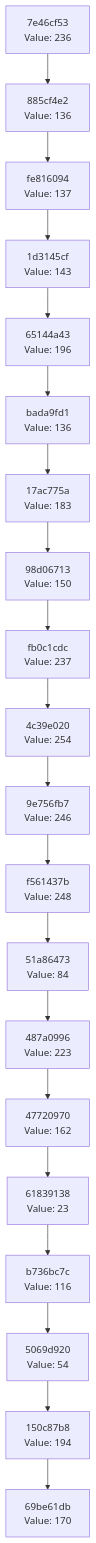
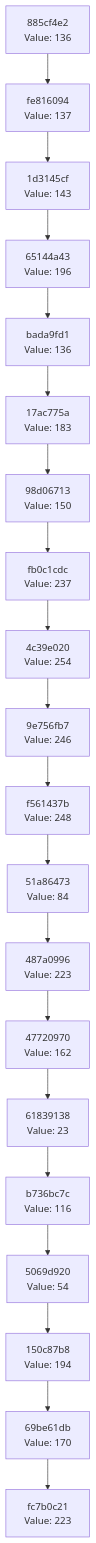
The diagram in docs/CHAIN_VISUALIZATION.md (Abhisheksinha1506/hash-chain-evolver), drawn with Mermaid before and after one commit. The commit also changed 2 other files, not shown here.

Commit message:
Evolution Step

````diff
--- a/docs/CHAIN_VISUALIZATION.md
+++ b/docs/CHAIN_VISUALIZATION.md
@@ -3,42 +3,42 @@
 ```mermaid
 graph TD
-    C0["69be61db<br/>Value: 170"]
-    C1["150c87b8<br/>Value: 194"]
+    C0["fc7b0c21<br/>Value: 223"]
+    C1["69be61db<br/>Value: 170"]
     C1 --> C0
-    C2["5069d920<br/>Value: 54"]
+    C2["150c87b8<br/>Value: 194"]
     C2 --> C1
-    C3["b736bc7c<br/>Value: 116"]
+    C3["5069d920<br/>Value: 54"]
     C3 --> C2
-    C4["61839138<br/>Value: 23"]
+    C4["b736bc7c<br/>Value: 116"]
     C4 --> C3
-    C5["47720970<br/>Value: 162"]
+    C5["61839138<br/>Value: 23"]
     C5 --> C4
-    C6["487a0996<br/>Value: 223"]
+    C6["47720970<br/>Value: 162"]
     C6 --> C5
-    C7["51a86473<br/>Value: 84"]
+    C7["487a0996<br/>Value: 223"]
     C7 --> C6
-    C8["f561437b<br/>Value: 248"]
+    C8["51a86473<br/>Value: 84"]
     C8 --> C7
-    C9["9e756fb7<br/>Value: 246"]
+    C9["f561437b<br/>Value: 248"]
     C9 --> C8
-    C10["4c39e020<br/>Value: 254"]
+    C10["9e756fb7<br/>Value: 246"]
     C10 --> C9
-    C11["fb0c1cdc<br/>Value: 237"]
+    C11["4c39e020<br/>Value: 254"]
     C11 --> C10
-    C12["98d06713<br/>Value: 150"]
+    C12["fb0c1cdc<br/>Value: 237"]
     C12 --> C11
-    C13["17ac775a<br/>Value: 183"]
+    C13["98d06713<br/>Value: 150"]
     C13 --> C12
-    C14["bada9fd1<br/>Value: 136"]
+    C14["17ac775a<br/>Value: 183"]
     C14 --> C13
-    C15["65144a43<br/>Value: 196"]
+    C15["bada9fd1<br/>Value: 136"]
     C15 --> C14
-    C16["1d3145cf<br/>Value: 143"]
+    C16["65144a43<br/>Value: 196"]
     C16 --> C15
-    C17["fe816094<br/>Value: 137"]
+    C17["1d3145cf<br/>Value: 143"]
     C17 --> C16
-    C18["885cf4e2<br/>Value: 136"]
+    C18["fe816094<br/>Value: 137"]
     C18 --> C17
-    C19["7e46cf53<br/>Value: 236"]
+    C19["885cf4e2<br/>Value: 136"]
     C19 --> C18
 ```
````
